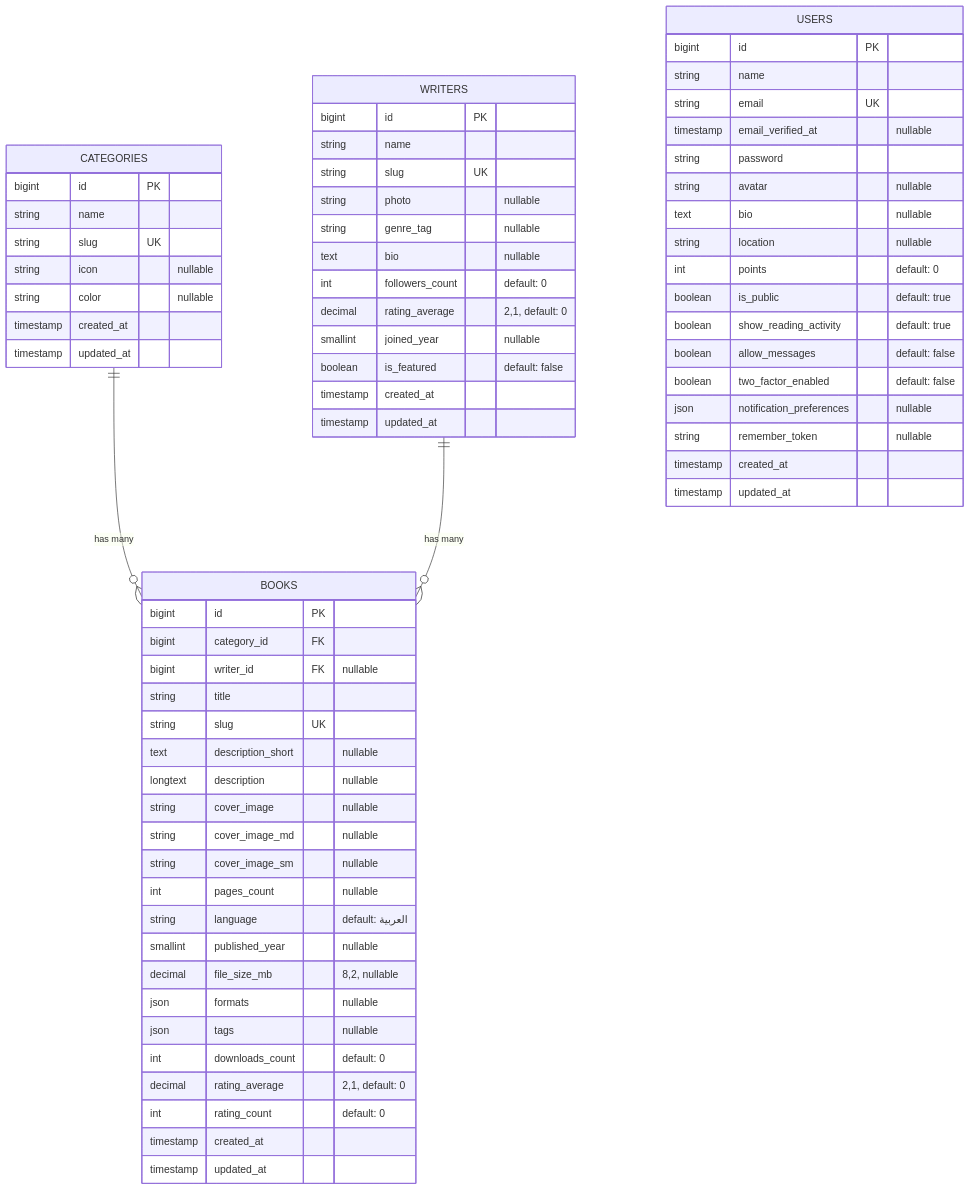
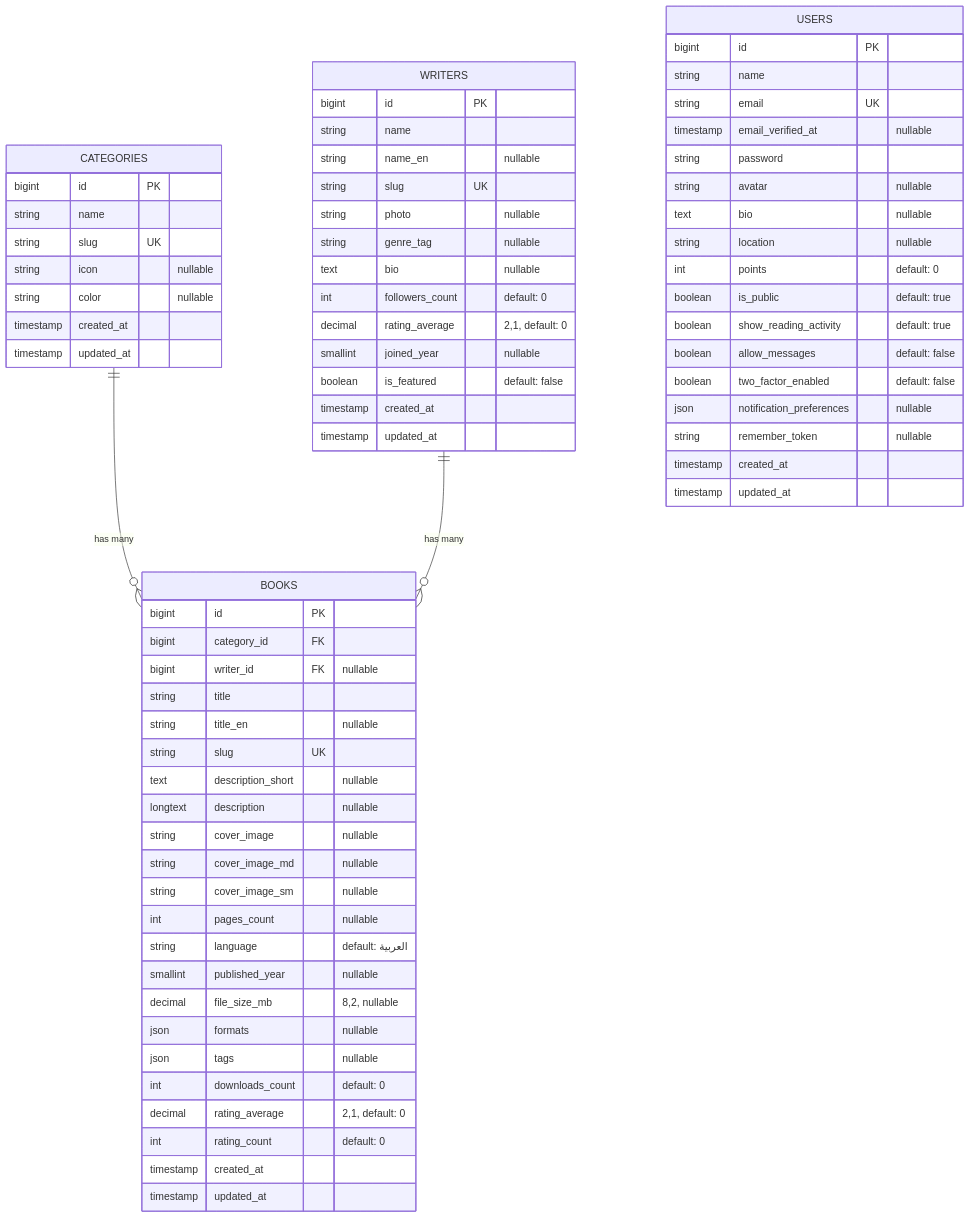
One commit to hamdaouiwassim/nootabooks-reader changed the diagram in DATABASE.md. Above: the diagram before and after it, drawn with Mermaid. The commit also changed other lines of this file and 12 other files, not shown here.

````diff
--- a/DATABASE.md
+++ b/DATABASE.md
@@ -7,74 +7,76 @@
 ```mermaid
 erDiagram
     CATEGORIES ||--o{ BOOKS : "has many"
     WRITERS ||--o{ BOOKS : "has many"
 
     CATEGORIES {
         bigint id PK
         string name
         string slug UK
         string icon "nullable"
         string color "nullable"
         timestamp created_at
         timestamp updated_at
     }
 
     WRITERS {
         bigint id PK
         string name
+        string name_en "nullable"
         string slug UK
         string photo "nullable"
         string genre_tag "nullable"
         text bio "nullable"
         int followers_count "default: 0"
         decimal rating_average "2,1, default: 0"
         smallint joined_year "nullable"
         boolean is_featured "default: false"
         timestamp created_at
         timestamp updated_at
     }
 
     BOOKS {
         bigint id PK
         bigint category_id FK
         bigint writer_id FK "nullable"
         string title
+        string title_en "nullable"
         string slug UK
         text description_short "nullable"
         longtext description "nullable"
         string cover_image "nullable"
         string cover_image_md "nullable"
         string cover_image_sm "nullable"
         int pages_count "nullable"
         string language "default: العربية"
         smallint published_year "nullable"
         decimal file_size_mb "8,2, nullable"
         json formats "nullable"
         json tags "nullable"
         int downloads_count "default: 0"
         decimal rating_average "2,1, default: 0"
         int rating_count "default: 0"
         timestamp created_at
         timestamp updated_at
     }
 
     USERS {
         bigint id PK
         string name
         string email UK
         timestamp email_verified_at "nullable"
         string password
         string avatar "nullable"
         text bio "nullable"
         string location "nullable"
         int points "default: 0"
         boolean is_public "default: true"
         boolean show_reading_activity "default: true"
         boolean allow_messages "default: false"
         boolean two_factor_enabled "default: false"
         json notification_preferences "nullable"
         string remember_token "nullable"
         timestamp created_at
         timestamp updated_at
     }
 ```
````
